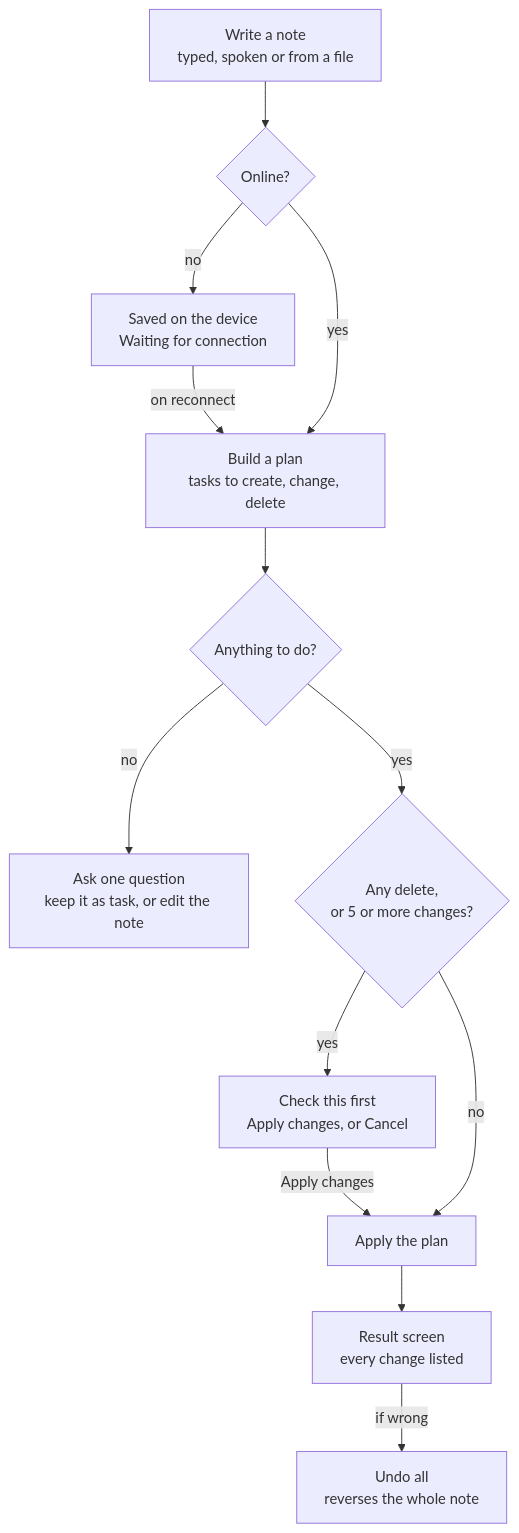
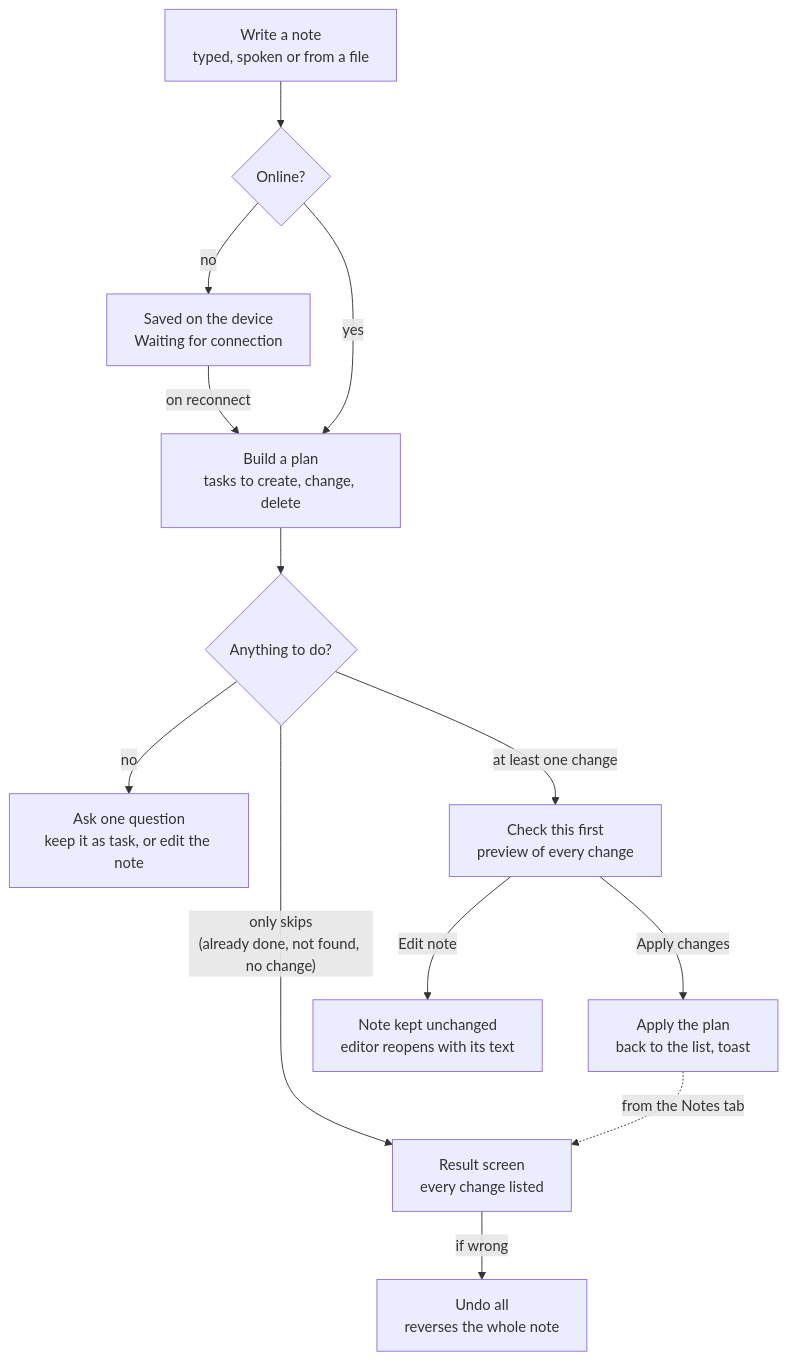
Before and after one commit to 02bbits/Agendal: the first of 6 diagrams in docs/SUMMARY.md, drawn with Mermaid. The commit also changed other lines of this file and 1 other file, not shown here.

````diff
--- a/docs/SUMMARY.md
+++ b/docs/SUMMARY.md
@@ -68,15 +68,15 @@
 ```mermaid
 flowchart TD
   A["Write a note<br/>typed, spoken or from a file"] --> B{Online?}
   B -- no --> S["Saved on the device<br/>Waiting for connection"]
   S -- on reconnect --> P
   B -- yes --> P["Build a plan<br/>tasks to create, change, delete"]
   P --> C{Anything to do?}
   C -- no --> Q["Ask one question<br/>keep it as task, or edit the note"]
-  C -- yes --> R{"Any delete,<br/>or 5 or more changes?"}
-  R -- yes --> K["Check this first<br/>Apply changes, or Cancel"]
-  K -- Apply changes --> AP
-  R -- no --> AP["Apply the plan"]
-  AP --> RES["Result screen<br/>every change listed"]
+  C -- "only skips<br/>(already done, not found, no change)" --> RES
+  C -- "at least one change" --> K["Check this first<br/>preview of every change"]
+  K -- Edit note --> E["Note kept unchanged<br/>editor reopens with its text"]
+  K -- Apply changes --> AP["Apply the plan<br/>back to the list, toast"]
+  AP -. "from the Notes tab" .-> RES["Result screen<br/>every change listed"]
   RES -- if wrong --> U["Undo all<br/>reverses the whole note"]
 ```
````
